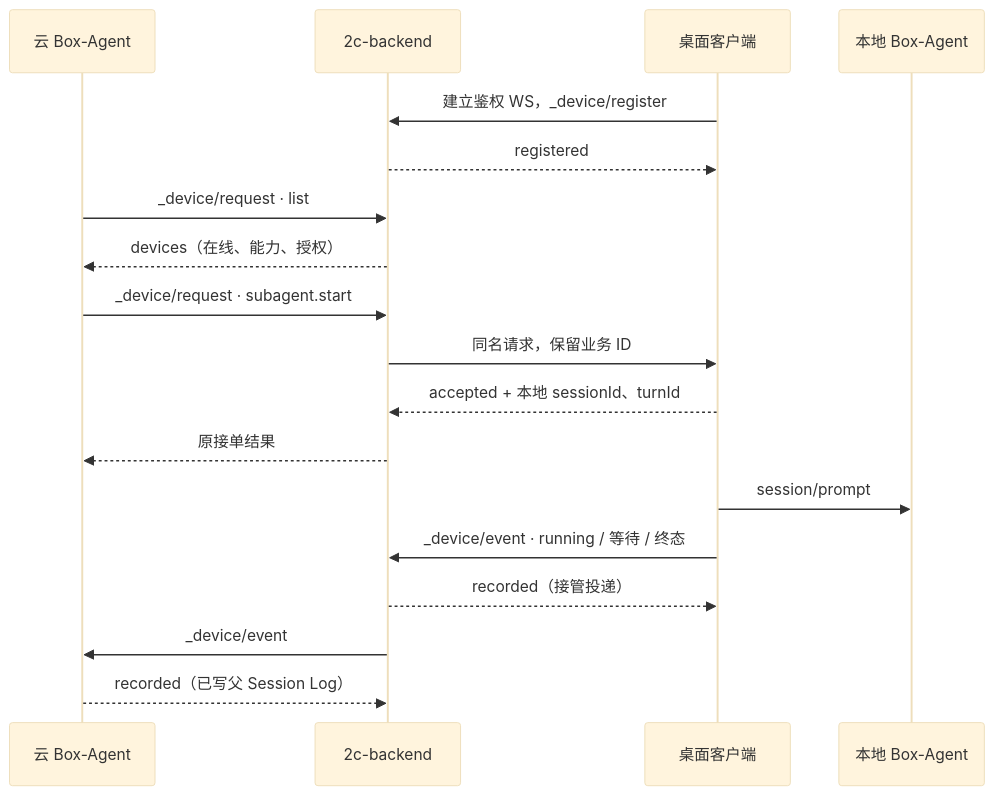
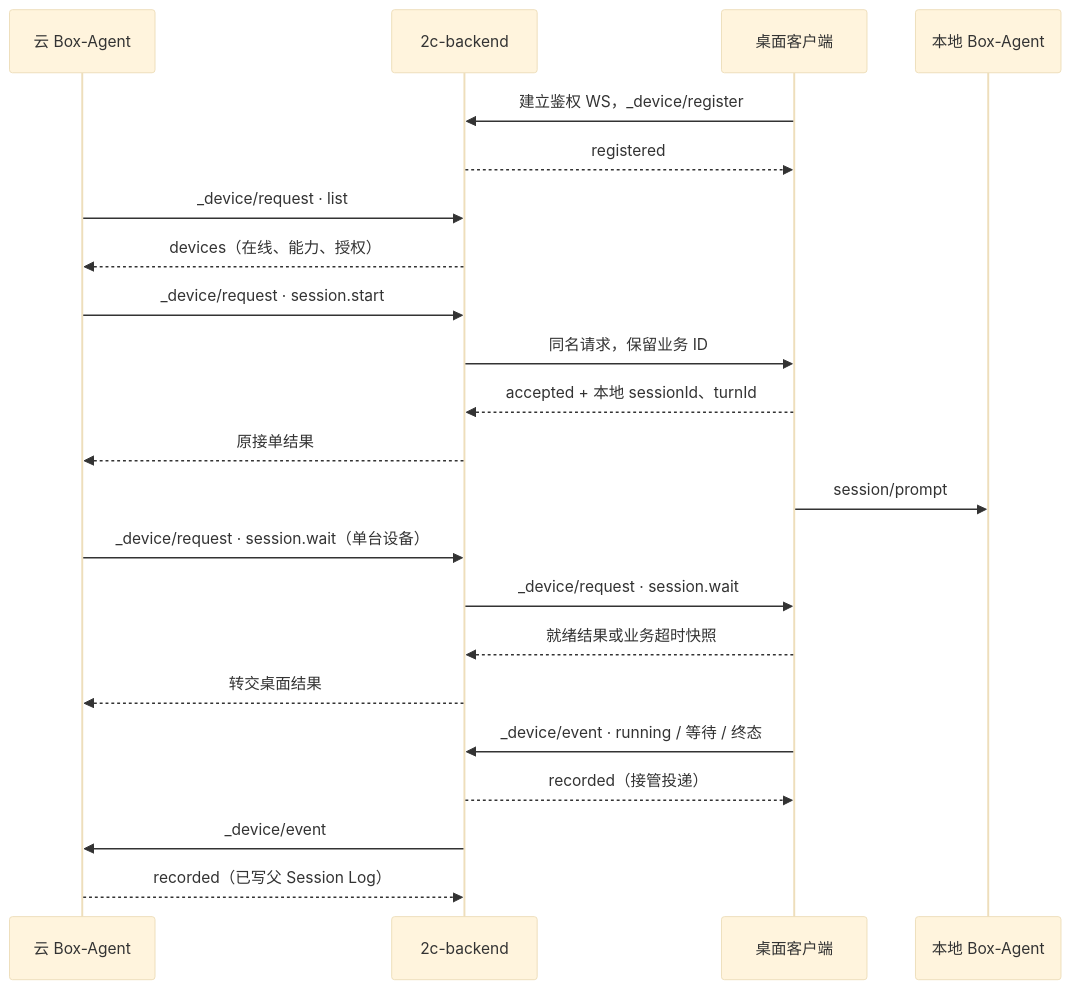
The diagram in docs/DEVICE_DELEGATION_BACKEND_HANDOFF_CN.md (Raccoon-Office/Box-Agent), drawn with Mermaid (base theme) before and after one commit. The commit also changed other lines of this file and 8 other files, not shown here.

Commit message:
feat(device): route session tools and report automatic turn outcomes

````diff
--- a/docs/DEVICE_DELEGATION_BACKEND_HANDOFF_CN.md
+++ b/docs/DEVICE_DELEGATION_BACKEND_HANDOFF_CN.md
@@ -9,20 +19,24 @@
 ```mermaid
 sequenceDiagram
     participant C as 云 Box-Agent
     participant B as 2c-backend
     participant D as 桌面客户端
     participant L as 本地 Box-Agent
     D->>B: 建立鉴权 WS，_device/register
     B-->>D: registered
     C->>B: _device/request · list
     B-->>C: devices（在线、能力、授权）
-    C->>B: _device/request · subagent.start
+    C->>B: _device/request · session.start
     B->>D: 同名请求，保留业务 ID
     D-->>B: accepted + 本地 sessionId、turnId
     B-->>C: 原接单结果
     D->>L: session/prompt
+    C->>B: _device/request · session.wait（单台设备）
+    B->>D: _device/request · session.wait
+    D-->>B: 就绪结果或业务超时快照
+    B-->>C: 转交桌面结果
     D->>B: _device/event · running / 等待 / 终态
     B-->>D: recorded（接管投递）
     B->>C: _device/event
     C-->>B: recorded（已写父 Session Log）
 ```
````
